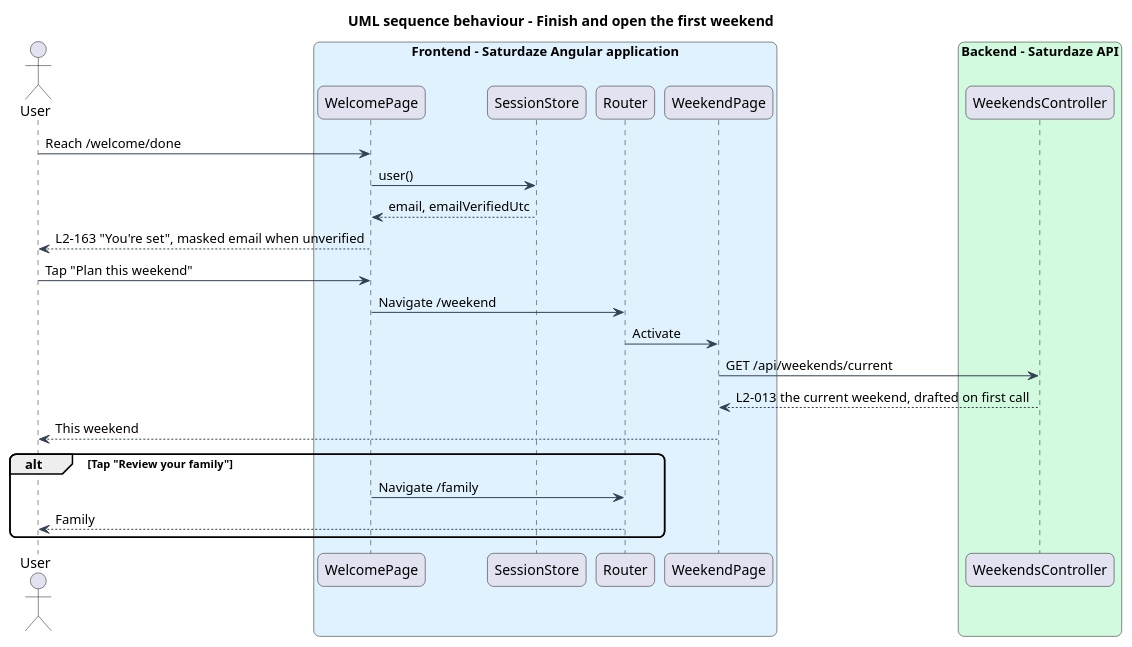
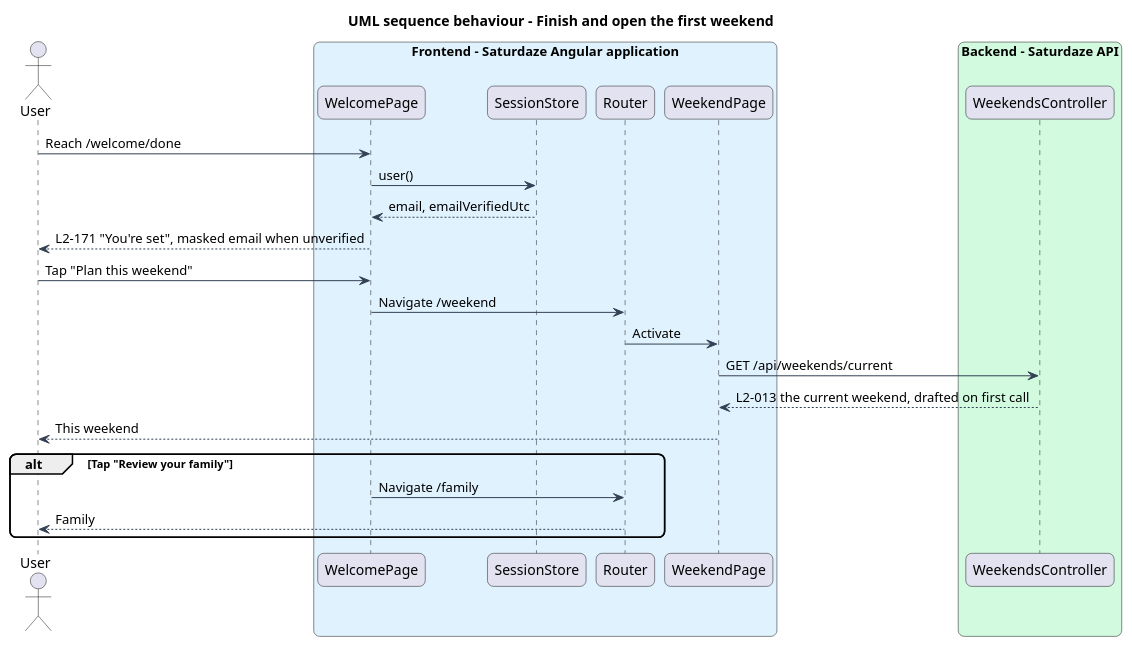
The diagram in docs/detailed-designs/family-profile/onboard-new-family/diagrams/sequence-finish.puml (QuinntyneBrown/saturdaze), drawn with PlantUML before and after one commit. The commit also changed 26 other files, not shown here.

```diff
--- a/docs/detailed-designs/family-profile/onboard-new-family/diagrams/sequence-finish.puml
+++ b/docs/detailed-designs/family-profile/onboard-new-family/diagrams/sequence-finish.puml
@@ -1,32 +1,32 @@
 @startuml
 title UML sequence behaviour - Finish and open the first weekend
 skinparam backgroundColor #FFFFFF
 skinparam shadowing false
 skinparam roundcorner 12
 skinparam defaultFontName Arial
 skinparam ArrowColor #344054
 actor "User" as actor
 box "Frontend - Saturdaze Angular application" #E0F2FE
  participant "WelcomePage" as page
  participant "SessionStore" as session
  participant "Router" as router
  participant "WeekendPage" as weekend
 end box
 box "Backend - Saturdaze API" #D1FADF
  participant "WeekendsController" as controller
 end box
 actor -> page : Reach /welcome/done
 page -> session : user()
 session --> page : email, emailVerifiedUtc
-page --> actor : L2-163 "You're set", masked email when unverified
+page --> actor : L2-171 "You're set", masked email when unverified
 actor -> page : Tap "Plan this weekend"
 page -> router : Navigate /weekend
 router -> weekend : Activate
 weekend -> controller : GET /api/weekends/current
 controller --> weekend : L2-013 the current weekend, drafted on first call
 weekend --> actor : This weekend
 alt Tap "Review your family"
  page -> router : Navigate /family
  router --> actor : Family
 end
 @enduml
```
